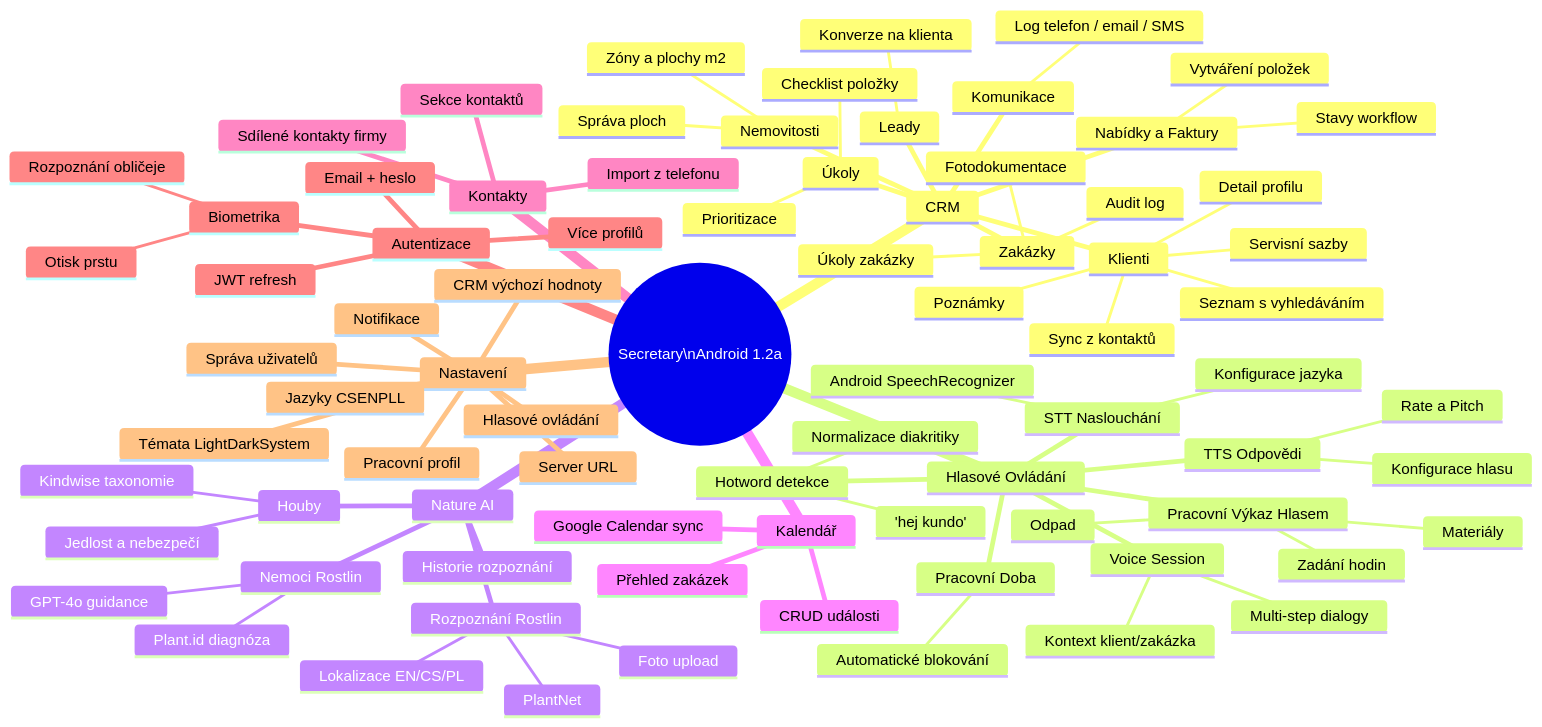
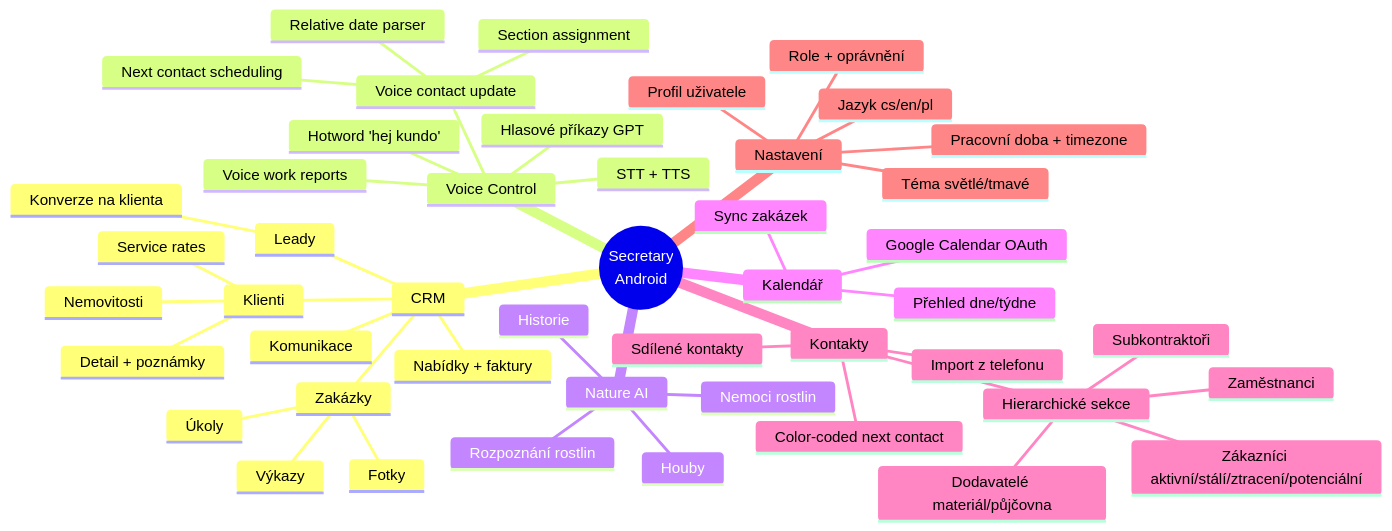
The sixth of 8 diagrams in MAP.md (MarekDesignLeaf/Secretary_Android), drawn with Mermaid before and after one commit. The commit also changed other lines of this file, not shown here.

Commit message:
docs: add MAP.md with system architecture, ER diagram, API reference

````diff
--- a/MAP.md
+++ b/MAP.md
@@ -217,83 +217,50 @@
 ```mermaid
 mindmap
-  root((Secretary\nAndroid 1.2a))
-    CRM
-      Klienti
-        Seznam s vyhledáváním
-        Detail profilu
-        Poznámky
-        Servisní sazby
-        Sync z kontaktů
-      Nemovitosti
-        Správa ploch
-        Zóny a plochy m2
-      Zakázky
-        Fotodokumentace
-        Úkoly zakázky
-        Audit log
-      Úkoly
-        Prioritizace
-        Checklist položky
-      Leady
-        Konverze na klienta
-      Nabídky a Faktury
-        Vytváření položek
-        Stavy workflow
-      Komunikace
-        Log telefon / email / SMS
-    Hlasové Ovládání
-      Hotword detekce
-        'hej kundo'
-        Normalizace diakritiky
-      STT Naslouchání
-        Android SpeechRecognizer
-        Konfigurace jazyka
-      TTS Odpovědi
-        Konfigurace hlasu
-        Rate a Pitch
-      Voice Session
-        Multi-step dialogy
-        Kontext klient/zakázka
-      Pracovní Výkaz Hlasem
-        Zadání hodin
-        Materiály
-        Odpad
-      Pracovní Doba
-        Automatické blokování
-    Nature AI
-      Rozpoznání Rostlin
-        PlantNet
-        Foto upload
-        Lokalizace EN/CS/PL
-      Nemoci Rostlin
-        Plant.id diagnóza
-        GPT-4o guidance
-      Houby
-        Kindwise taxonomie
-        Jedlost a nebezpečí
-      Historie rozpoznání
-    Kalendář
-      Google Calendar sync
-      Přehled zakázek
-      CRUD události
-    Kontakty
-      Import z telefonu
-      Sdílené kontakty firmy
-      Sekce kontaktů
-    Autentizace
-      Email + heslo
-      Biometrika
-        Otisk prstu
-        Rozpoznání obličeje
-      Více profilů
-      JWT refresh
-    Nastavení
-      Hlasové ovládání
-      Server URL
-      CRM výchozí hodnoty
-      Notifikace
-      Pracovní profil
-      Témata LightDarkSystem
-      Jazyky CSENPLL
-      Správa uživatelů
+    root((Secretary<br/>Android))
+        CRM
+            Klienti
+                Detail + poznámky
+                Nemovitosti
+                Service rates
+            Zakázky
+                Úkoly
+                Fotky
+                Výkazy
+            Leady
+                Konverze na klienta
+            Nabídky + faktury
+            Komunikace
+        Voice Control
+            Hotword 'hej kundo'
+            STT + TTS
+            Hlasové příkazy GPT
+            Voice work reports
+            Voice contact update
+                Section assignment
+                Next contact scheduling
+                Relative date parser
+        Nature AI
+            Rozpoznání rostlin
+            Nemoci rostlin
+            Houby
+            Historie
+        Kalendář
+            Google Calendar OAuth
+            Sync zakázek
+            Přehled dne/týdne
+        Kontakty
+            Import z telefonu
+            Sdílené kontakty
+            Hierarchické sekce
+                Zákazníci aktivní/stálí/ztracení/potenciální
+                Dodavatelé materiál/půjčovna
+                Zaměstnanci
+                Subkontraktoři
+            Color-coded next contact
+        Nastavení
+            Profil uživatele
+            Role + oprávnění
+            Téma světlé/tmavé
+            Jazyk cs/en/pl
+            Pracovní doba + timezone
 ```
````
